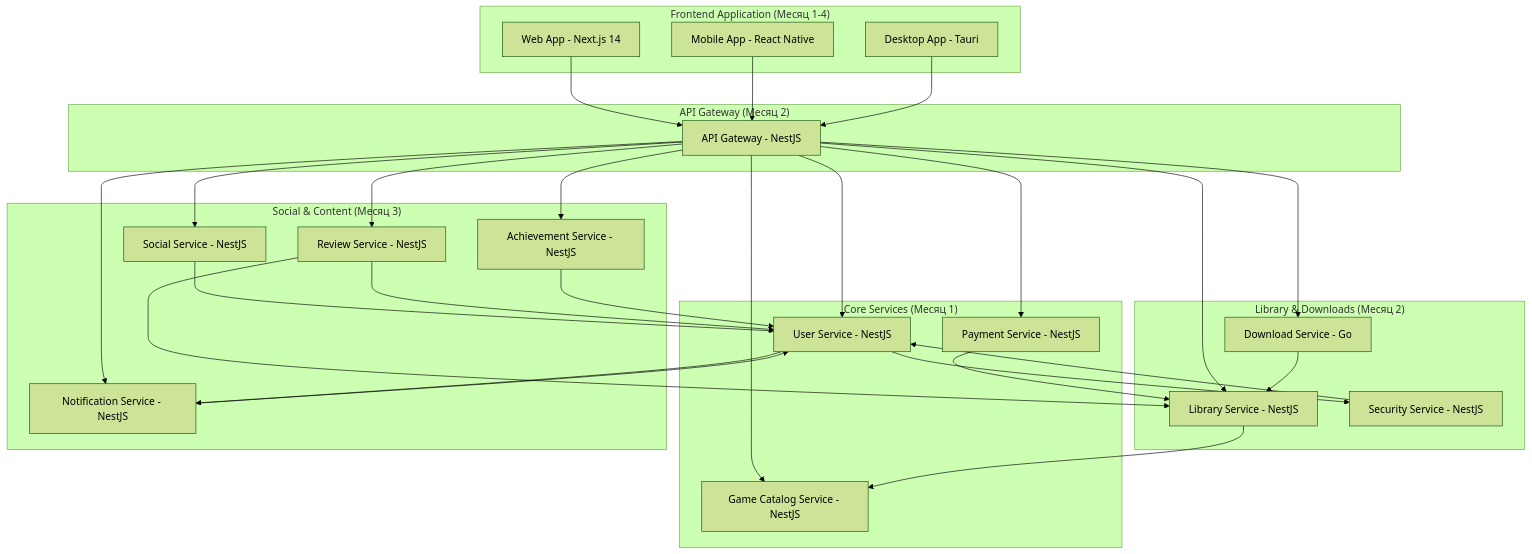
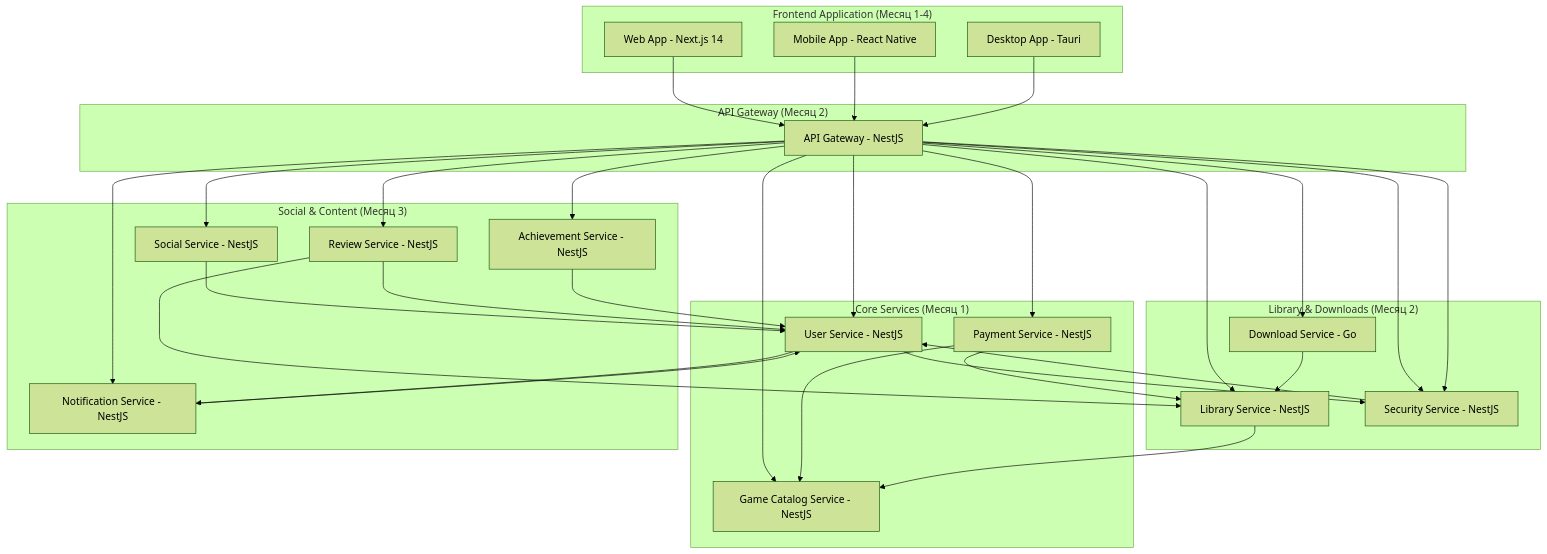
One commit to wizarding-anonymous/cryo changed the diagram in .kiro/specs/microservices-integration-map.md. Above: the diagram before and after it, drawn with Mermaid (forest theme). The commit also changed other lines of this file and 27 other files, not shown here.

````diff
--- a/.kiro/specs/microservices-integration-map.md
+++ b/.kiro/specs/microservices-integration-map.md
@@ -9,57 +9,60 @@
 ```mermaid
 graph TB
     subgraph "Frontend Application (Месяц 1-4)"
         Web[Web App - Next.js 14]
         Mobile[Mobile App - React Native]
         Desktop[Desktop App - Tauri]
     end
     
     subgraph "API Gateway (Месяц 2)"
         Gateway[API Gateway - NestJS]
     end
     
     subgraph "Core Services (Месяц 1)"
         UserService[User Service - NestJS]
         GameCatalog[Game Catalog Service - NestJS]
         PaymentService[Payment Service - NestJS]
     end
     
     subgraph "Library & Downloads (Месяц 2)"
         LibraryService[Library Service - NestJS]
         DownloadService[Download Service - Go]
         SecurityService[Security Service - NestJS]
     end
     
     subgraph "Social & Content (Месяц 3)"
         SocialService[Social Service - NestJS]
         ReviewService[Review Service - NestJS]
         NotificationService[Notification Service - NestJS]
         AchievementService[Achievement Service - NestJS]
     end
     
     Web --> Gateway
     Mobile --> Gateway
     Desktop --> Gateway
     
     Gateway --> UserService
     Gateway --> GameCatalog
     Gateway --> PaymentService
     Gateway --> LibraryService
     Gateway --> DownloadService
+    Gateway --> SecurityService
     Gateway --> SocialService
     Gateway --> ReviewService
     Gateway --> NotificationService
     Gateway --> AchievementService
     
     PaymentService --> LibraryService
+    PaymentService --> GameCatalog
     LibraryService --> GameCatalog
     DownloadService --> LibraryService
     SocialService --> UserService
     ReviewService --> UserService
     ReviewService --> LibraryService
     NotificationService --> UserService
     AchievementService --> UserService
     SecurityService --> UserService
     UserService --> NotificationService
     UserService --> SecurityService
+    Gateway --> SecurityService
 ```
````
